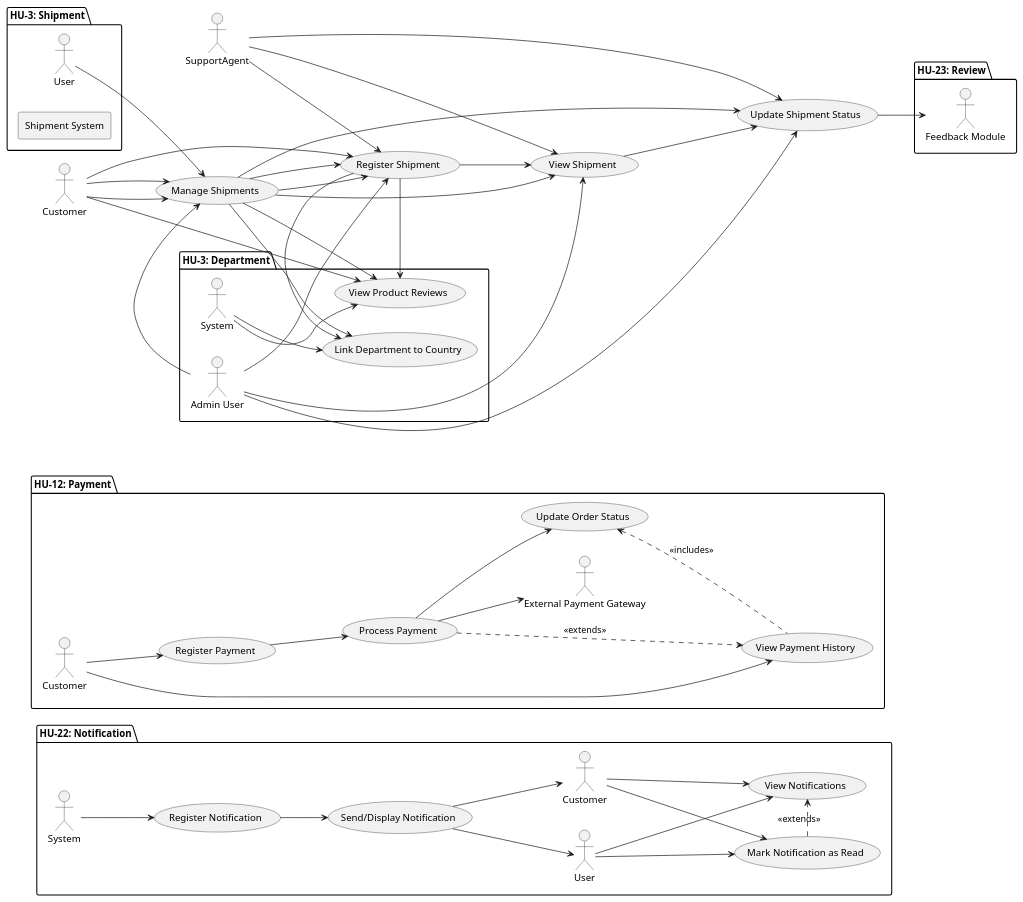
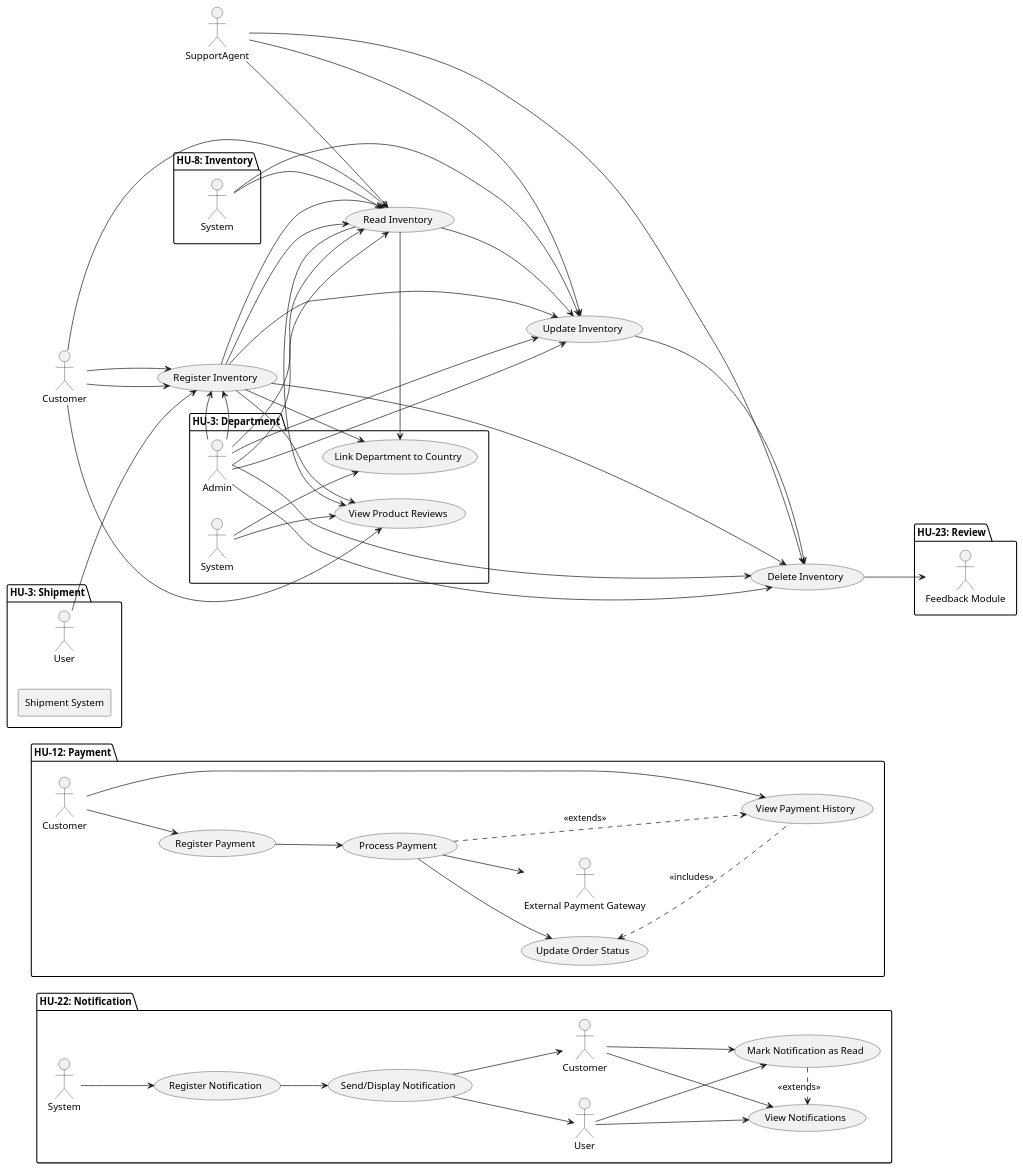
Before and after one commit to code-sena/laboratory-2899747: the diagram in document/architecture/usecase.wsd, drawn with PlantUML. The commit also changed 2 other files, not shown here.

Commit message:
feat(inventory): add database schema, class diagram and use case diagram

```diff
--- a/document/architecture/usecase.wsd
+++ b/document/architecture/usecase.wsd
@@ -1,136 +1,159 @@
 @startuml
 actor Customer
 actor SupportAgent
 
 usecase "Register Support Ticket" as UC1
 usecase "View Support Ticket" as UC2
 usecase "Update Support Ticket" as UC3
 usecase "Close Support Ticket" as UC4
 
 Customer --> UC1
 Customer --> UC2
 SupportAgent --> UC2
 SupportAgent --> UC3
 SupportAgent --> UC4
 left to right direction
 
 package "HU-3: Department" {
 
   'Actors
   actor "Admin User" as Admin
   actor "System" as System
 
   'Use Cases
   usecase "Register Department" as UC1
   usecase "Update Department" as UC2
   usecase "Deactivate Department" as UC3
   usecase "View Departments" as UC4
   usecase "Validate Uniqueness & Format" as UC5
   usecase "Link Department to Country" as UC6
 
   'Relationships
   Admin --> UC1
   Admin --> UC2
   Admin --> UC3
   Admin --> UC4
 
   UC1 --> UC5
   UC1 --> UC6
 
   UC2 --> UC5
   UC2 --> UC6
 
   System --> UC5
   System --> UC6
 }
 
 package "HU-22: Notification" {
 
   'Actors'
   actor "System" as SystemN
   actor "User" as UserN
   actor "Customer" as CustomerN
 
   'Use Cases'
   usecase "Register Notification" as UCN1
   usecase "Send/Display Notification" as UCN2
   usecase "Mark Notification as Read" as UCN3
   usecase "View Notifications" as UCN4
 
   'Relationships'
   SystemN --> UCN1
   UCN1 --> UCN2
   UCN2 --> UserN
   UCN2 --> CustomerN
 
   UserN --> UCN3
   CustomerN --> UCN3
 
   UserN --> UCN4
   CustomerN --> UCN4
 
   UCN3 .> UCN4 : <<extends>>
 }
 
 package "HU-12: Payment" {
 
   'Actors'
   actor "Customer" as CustomerP
   actor "External Payment Gateway" as PaymentGatewayP
 
   'Use Cases'
   usecase "Register Payment" as UCP1
   usecase "Process Payment" as UCP2
   usecase "Update Order Status" as UCP3
   usecase "View Payment History" as UCP4
 
   'Relationships'
   CustomerP --> UCP1
   CustomerP --> UCP4
 
   UCP1 --> UCP2
   UCP2 --> PaymentGatewayP
   UCP2 .> UCP4 : <<extends>>
   UCP3 <.. UCP4 : <<includes>>
 
   UCP2 --> UCP3
 }
 
 package "HU-23: Review" {
 
   'Actors'
   actor "Customer" as Customer
   actor "Feedback Module" as FeedbackModule
 
   'Use Cases'
   usecase "Create Review" as UC1
   usecase "Validate Review Fields" as UC2
   usecase "Register Review in Database" as UC3
   usecase "Integrate with Feedback" as UC4
   usecase "View Product Reviews" as UC5
 
   'Relationships'
   Customer --> UC1
   UC1 --> UC2
   UC2 --> UC3
   UC3 --> UC4
   UC4 --> FeedbackModule
   Customer --> UC5
 }
 
 package "HU-3: Shipment" {
   actor User as user
 
   rectangle "Shipment System" {
     usecase "Manage Shipments" as UC1
     usecase "Register Shipment" as UC2
     usecase "View Shipment" as UC3
     usecase "Update Shipment Status" as UC4
   }
 
   user --> UC1
   UC1 --> UC2
   UC1 --> UC3
   UC1 --> UC4
 }
+
+package "HU-8: Inventory" {
+
+    'Actors
+    actor "Admin" as Admin
+    actor "System" as Sys
+
+    'Use Cases
+    usecase "Register Inventory" as UC1
+    usecase "Read Inventory" as UC2
+    usecase "Update Inventory" as UC3
+    usecase "Delete Inventory" as UC4
+
+    'Relations
+    Admin --> UC1
+    Admin --> UC2
+    Admin --> UC3
+    Admin --> UC4
+
+    Sys --> UC2
+    Sys --> UC3
+  }
+
 @enduml
```
